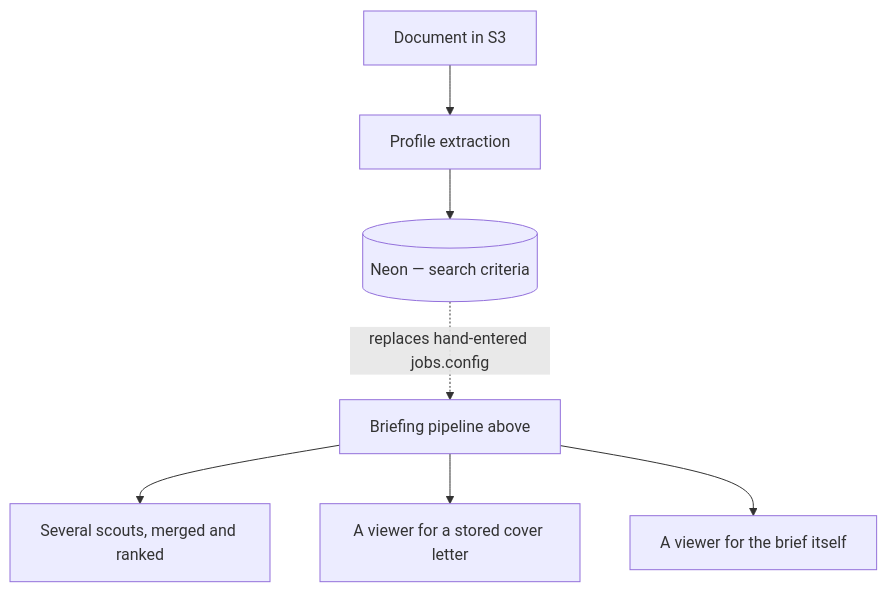
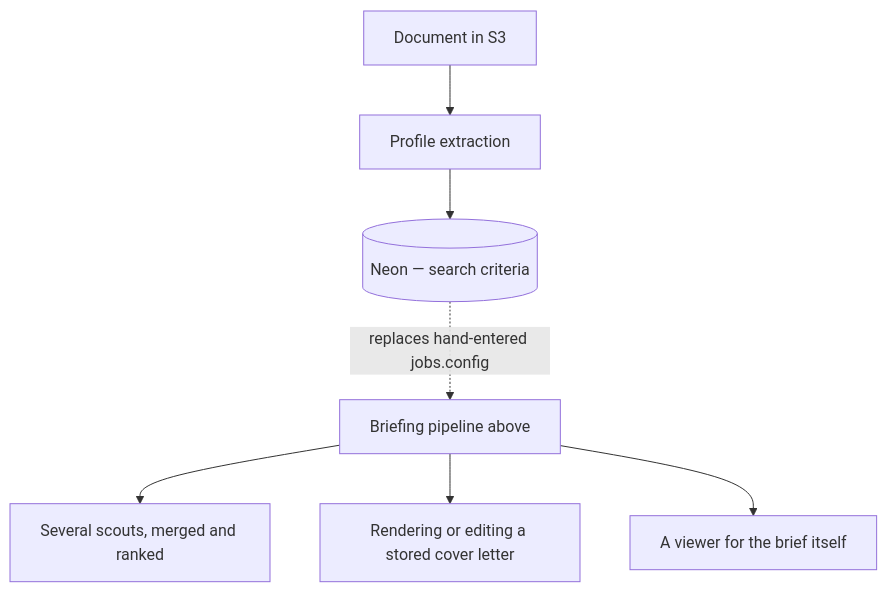
One commit to sunnyeyles/control-panel changed the second of 2 diagrams in OVERVIEW.md. Above: the diagram before and after it, drawn with Mermaid. The commit also changed other lines of this file and 14 other files, not shown here.

````diff
--- a/OVERVIEW.md
+++ b/OVERVIEW.md
@@ -86,9 +86,9 @@
 ```mermaid
 flowchart TD
     B[Document in S3] --> C[Profile extraction]
     C --> D[(Neon — search criteria)]
     D -.->|replaces hand-entered jobs.config| P[Briefing pipeline above]
     P --> M[Several scouts, merged and ranked]
-    P --> N[A viewer for a stored cover letter]
+    P --> N[Rendering or editing a stored cover letter]
     P --> Q[A viewer for the brief itself]
 ```
````
